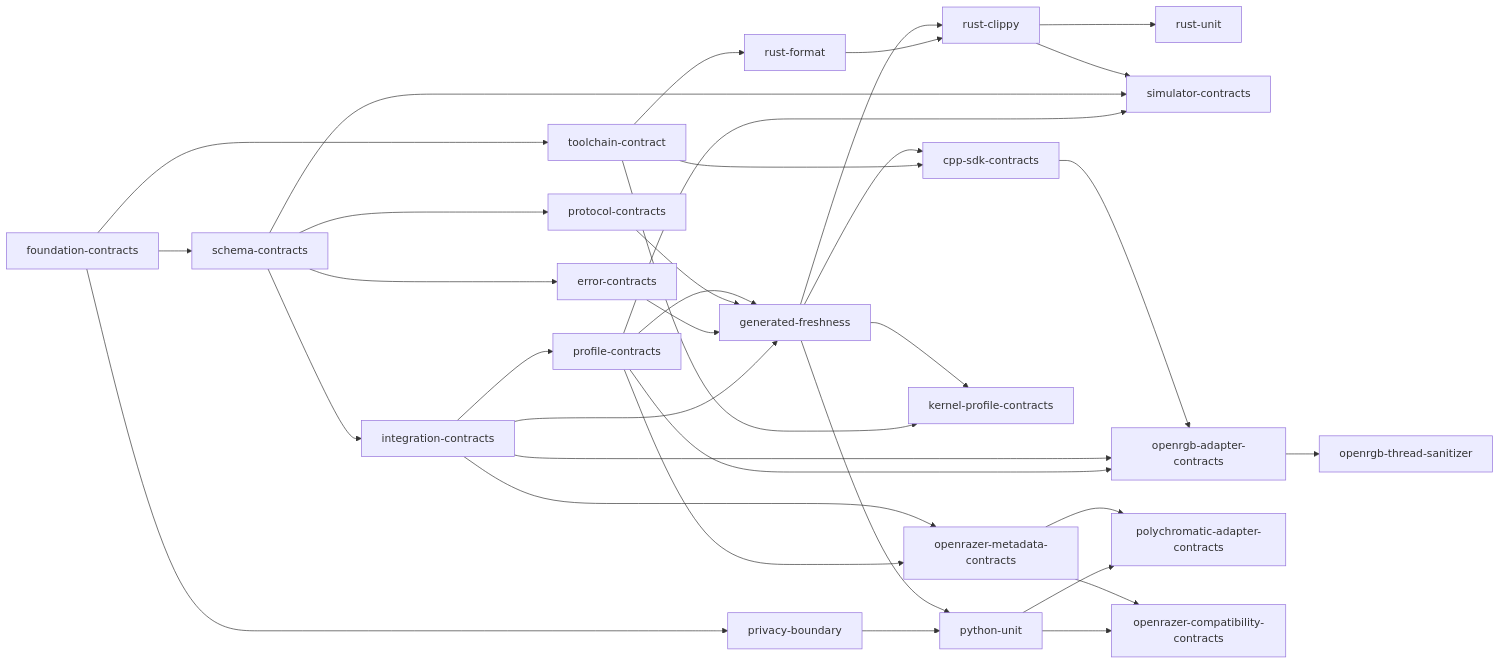
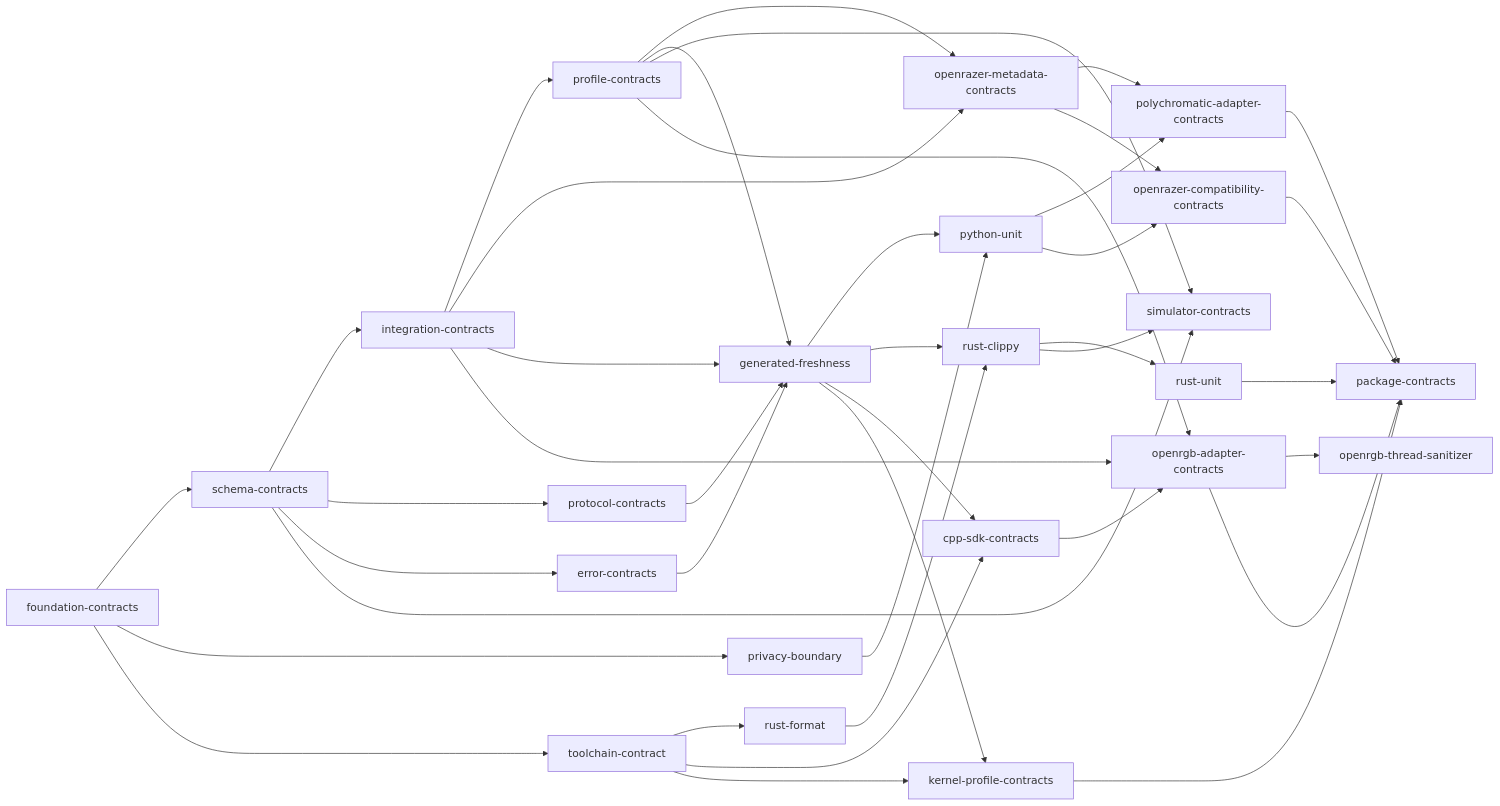
The diagram in docs/generated/verification.md (offalexjackson777-stack/hyperflux-next), drawn with Mermaid before and after one commit. The commit also changed other lines of this file and 7 other files, not shown here.

````diff
--- a/docs/generated/verification.md
+++ b/docs/generated/verification.md
@@ -34,58 +35,64 @@
 ```mermaid
 flowchart LR
     foundation_contracts["foundation-contracts"]
     schema_contracts["schema-contracts"]
     privacy_boundary["privacy-boundary"]
     toolchain_contract["toolchain-contract"]
     integration_contracts["integration-contracts"]
     protocol_contracts["protocol-contracts"]
     error_contracts["error-contracts"]
     rust_format["rust-format"]
     profile_contracts["profile-contracts"]
     openrazer_metadata_contracts["openrazer-metadata-contracts"]
     generated_freshness["generated-freshness"]
     python_unit["python-unit"]
     rust_clippy["rust-clippy"]
     cpp_sdk_contracts["cpp-sdk-contracts"]
     kernel_profile_contracts["kernel-profile-contracts"]
     rust_unit["rust-unit"]
     simulator_contracts["simulator-contracts"]
     openrgb_adapter_contracts["openrgb-adapter-contracts"]
     polychromatic_adapter_contracts["polychromatic-adapter-contracts"]
     openrazer_compatibility_contracts["openrazer-compatibility-contracts"]
     openrgb_thread_sanitizer["openrgb-thread-sanitizer"]
+    package_contracts["package-contracts"]
     foundation_contracts --> schema_contracts
     foundation_contracts --> privacy_boundary
     foundation_contracts --> toolchain_contract
     schema_contracts --> integration_contracts
     schema_contracts --> protocol_contracts
     schema_contracts --> error_contracts
     toolchain_contract --> rust_format
     integration_contracts --> profile_contracts
     integration_contracts --> openrazer_metadata_contracts
     profile_contracts --> openrazer_metadata_contracts
     profile_contracts --> generated_freshness
     protocol_contracts --> generated_freshness
     error_contracts --> generated_freshness
     integration_contracts --> generated_freshness
     generated_freshness --> python_unit
     privacy_boundary --> python_unit
     generated_freshness --> rust_clippy
     rust_format --> rust_clippy
     generated_freshness --> cpp_sdk_contracts
     toolchain_contract --> cpp_sdk_contracts
     generated_freshness --> kernel_profile_contracts
     toolchain_contract --> kernel_profile_contracts
     rust_clippy --> rust_unit
     rust_clippy --> simulator_contracts
     schema_contracts --> simulator_contracts
     profile_contracts --> simulator_contracts
     cpp_sdk_contracts --> openrgb_adapter_contracts
     integration_contracts --> openrgb_adapter_contracts
     profile_contracts --> openrgb_adapter_contracts
     openrazer_metadata_contracts --> polychromatic_adapter_contracts
     python_unit --> polychromatic_adapter_contracts
     openrazer_metadata_contracts --> openrazer_compatibility_contracts
     python_unit --> openrazer_compatibility_contracts
     openrgb_adapter_contracts --> openrgb_thread_sanitizer
+    kernel_profile_contracts --> package_contracts
+    openrgb_adapter_contracts --> package_contracts
+    polychromatic_adapter_contracts --> package_contracts
+    openrazer_compatibility_contracts --> package_contracts
+    rust_unit --> package_contracts
 ```
````
